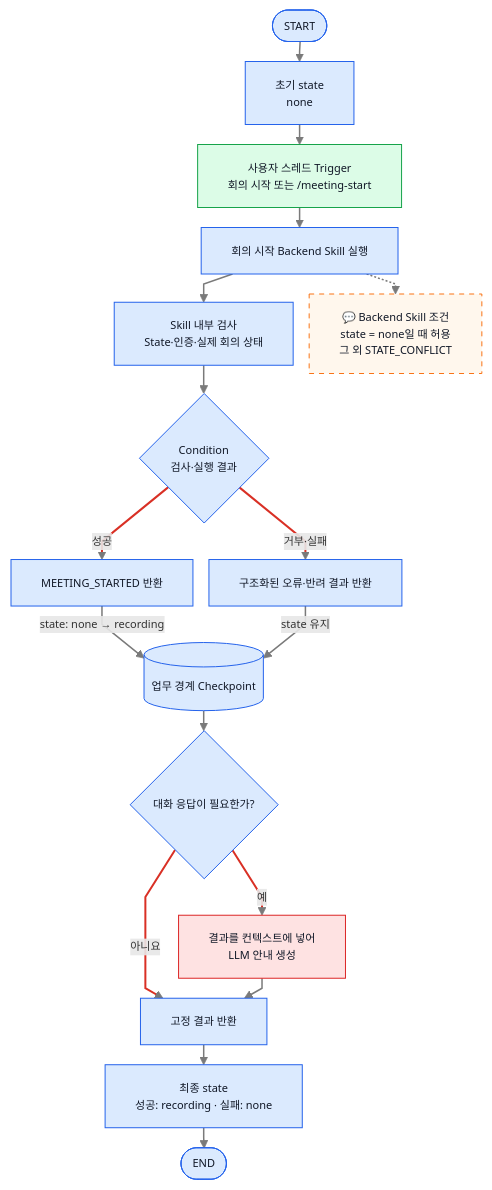
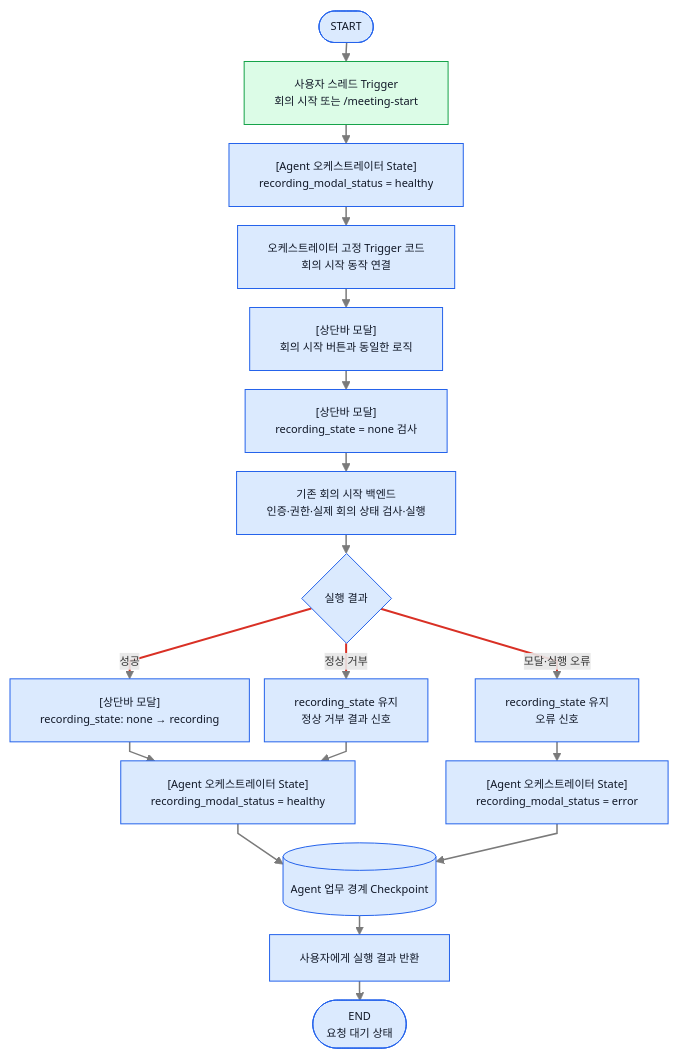
Before and after one commit to ericyum/Obsidian: the third of 8 diagrams in ZENAI/에이전트 설계/회의록 에이전트 설계/1-2. 회의록 에이전트 워크플로우 Graph 상세.md, drawn with Mermaid. The commit also changed other lines of this file and 5 other files, not shown here.

````diff
--- a/ZENAI/에이전트 설계/회의록 에이전트 설계/1-2. 회의록 에이전트 워크플로우 Graph 상세.md
+++ b/ZENAI/에이전트 설계/회의록 에이전트 설계/1-2. 회의록 에이전트 워크플로우 Graph 상세.md
@@ -205,30 +226,27 @@
 ```mermaid
-%%{init: {"flowchart": {"useMaxWidth": true, "nodeSpacing": 16, "rankSpacing": 20, "curve": "linear"}, "themeVariables": {"fontSize": "11px"}}}%%
+%%{init: {"flowchart": {"useMaxWidth": true, "nodeSpacing": 15, "rankSpacing": 19, "curve": "linear"}, "themeVariables": {"fontSize": "11px"}}}%%
 flowchart TB
-    S(["START"]) --> IS["초기 state<br/>none"]
-    IS --> U["사용자 스레드 Trigger<br/>회의 시작 또는 /meeting-start"]
-    U --> SK["회의 시작 Backend Skill 실행"]
-    SK --> V["Skill 내부 검사<br/>State·인증·실제 회의 상태"]
-    V --> C{"Condition<br/>검사·실행 결과"}
-    C -->|"성공"| EV["MEETING_STARTED 반환"]
-    C -->|"거부·실패"| ER["구조화된 오류·반려 결과 반환"]
-    EV -->|"state: none → recording"| CP[("업무 경계 Checkpoint")]
-    ER -->|"state 유지"| CP
-    CP --> NR{"대화 응답이 필요한가?"}
-    NR -->|"예"| L["결과를 컨텍스트에 넣어<br/>LLM 안내 생성"]
-    NR -->|"아니요"| OUT["고정 결과 반환"]
-    L --> OUT
-    OUT --> FS["최종 state<br/>성공: recording · 실패: none"]
-    FS --> E(["END"])
-    SK -.-> N1["💬 Backend Skill 조건<br/>state = none일 때 허용<br/>그 외 STATE_CONFLICT"]
+    S(["START"]) --> U["사용자 스레드 Trigger<br/>회의 시작 또는 /meeting-start"]
+    U --> AS["[Agent 오케스트레이터 State]<br/>recording_modal_status = healthy"]
+    AS --> T["오케스트레이터 고정 Trigger 코드<br/>회의 시작 동작 연결"]
+    T --> M["[상단바 모달]<br/>회의 시작 버튼과 동일한 로직"]
+    M --> MS["[상단바 모달]<br/>recording_state = none 검사"]
+    MS --> B["기존 회의 시작 백엔드<br/>인증·권한·실제 회의 상태 검사·실행"]
+    B --> C{"실행 결과"}
+    C -->|"성공"| RS["[상단바 모달]<br/>recording_state: none → recording"]
+    C -->|"정상 거부"| RJ["recording_state 유지<br/>정상 거부 결과 신호"]
+    C -->|"모달·실행 오류"| ER["recording_state 유지<br/>오류 신호"]
+    RS --> H["[Agent 오케스트레이터 State]<br/>recording_modal_status = healthy"]
+    RJ --> H
+    ER --> X["[Agent 오케스트레이터 State]<br/>recording_modal_status = error"]
+    H --> CP[("Agent 업무 경계 Checkpoint")]
+    X --> CP
+    CP --> OUT["사용자에게 실행 결과 반환"]
+    OUT --> E(["END<br/>요청 대기 상태"])
     classDef user fill:#dcfce7,stroke:#16a34a,color:#111827;
     classDef internal fill:#dbeafe,stroke:#2563eb,color:#111827;
-    classDef llm fill:#fee2e2,stroke:#dc2626,color:#111827;
-    classDef note fill:#fff7ed,stroke:#f97316,color:#111827,stroke-dasharray:5 5;
     class U user;
-    class L llm;
-    class N1 note;
-    class S,IS,SK,V,C,EV,ER,CP,NR,OUT,FS,E internal;
+    class S,AS,T,M,MS,B,C,RS,RJ,ER,H,X,CP,OUT,E internal;
     linkStyle default stroke:#7a7a7a,stroke-width:1.5px;
-    linkStyle 5,6,10,11 stroke:#d93025,stroke-width:2px;
+    linkStyle 7,8,9 stroke:#d93025,stroke-width:2px;
 ```
````
